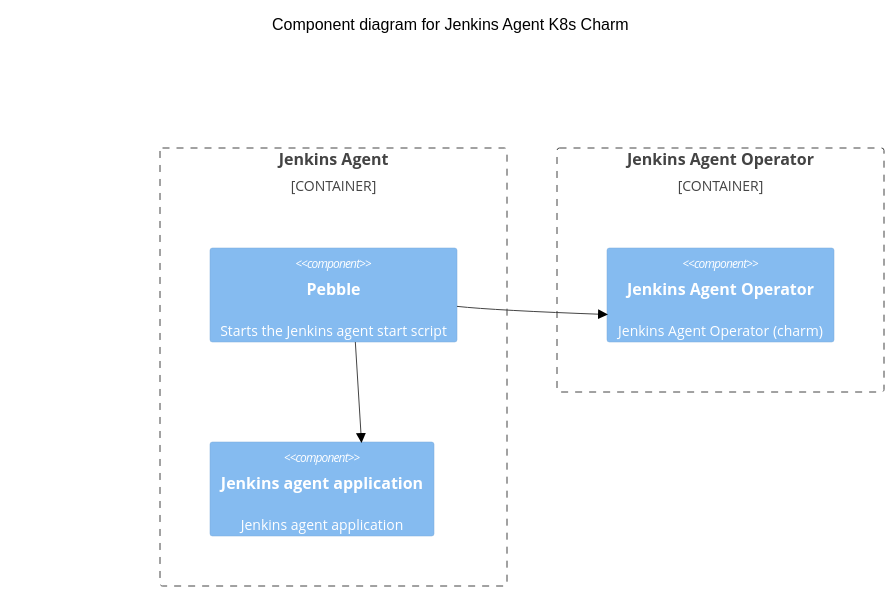
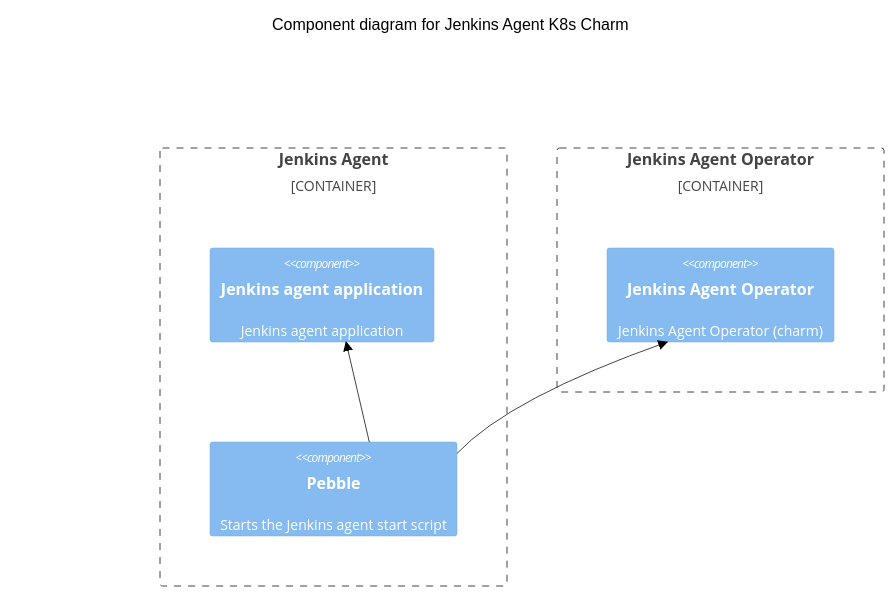
Before and after one commit to canonical/jenkins-agent-k8s-operator: the diagram in docs/explanation/charm-architecture.md, drawn with Mermaid (neutral theme). The commit also changed other lines of this file, not shown here.

````diff
--- a/docs/explanation/charm-architecture.md
+++ b/docs/explanation/charm-architecture.md
@@ -15,17 +15,17 @@
 ```mermaid
 C4Context
 title Component diagram for Jenkins Agent K8s Charm
 
 Container_Boundary(jenkins-agent-k8s, "Jenkins Agent") {
+  Component(jenkins-agent, "Jenkins agent application", "", "Jenkins agent application")
   Component(pebble, "Pebble", "", "Starts the Jenkins agent start script")
-  Component(jenkins-agent, "Jenkins agent application", "", "Jenkins agent application")
 
   Rel(pebble, jenkins-agent, "")
 }
 
 Container_Boundary(charm, "Jenkins Agent Operator") {
   Component(charm, "Jenkins Agent Operator", "", "Jenkins Agent Operator (charm)")
   
   Rel(pebble, charm, "")
 }
 ```
````
